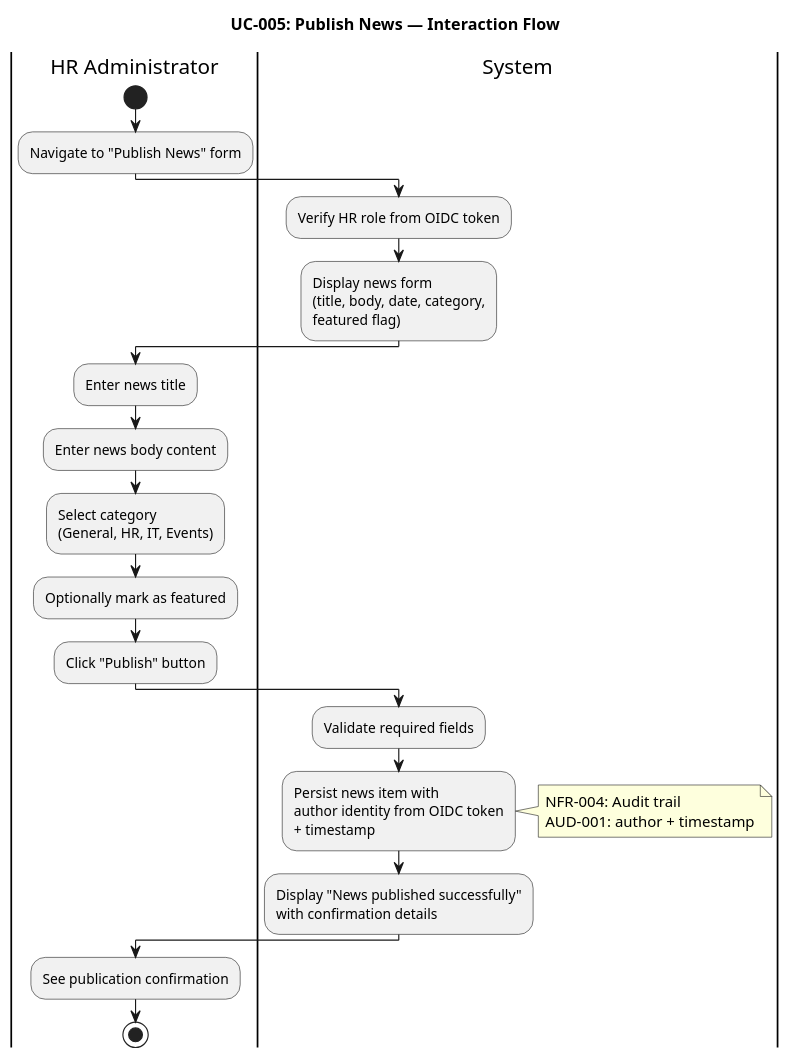
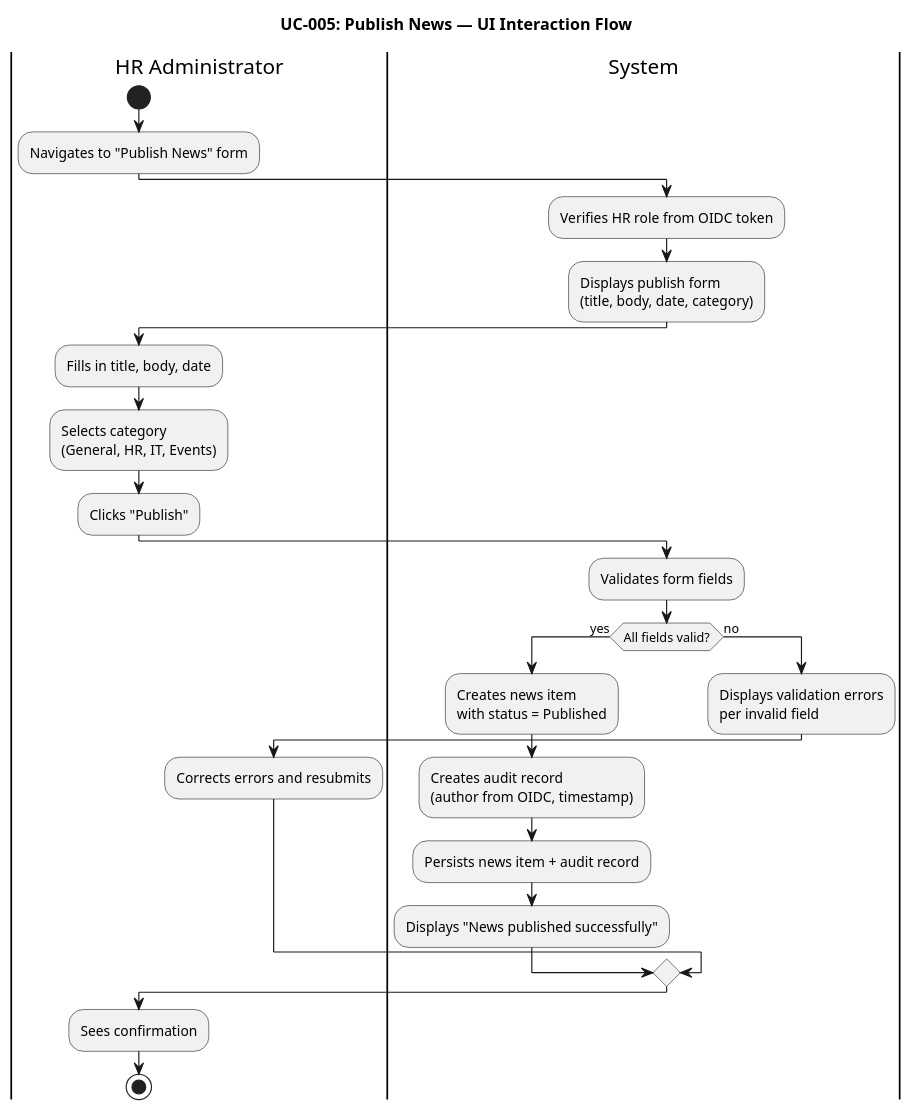
Diagram 22 of 32 in docs/artifacts/analysis---design/design-model.md (banense-test/portal-cuba-corp), drawn with PlantUML before and after one commit. The commit also changed other lines of this file, not shown here.

````diff
--- a/docs/artifacts/analysis---design/design-model.md
+++ b/docs/artifacts/analysis---design/design-model.md
@@ -1994,36 +1899,31 @@
 ```plantuml
 @startuml
-title UC-005: Publish News — Interaction Flow
-
-|HR Administrator|
-|System|
+title UC-005: Publish News — UI Interaction Flow
 
 |HR Administrator|
 start
-:Navigate to "Publish News" form;
+:Navigates to "Publish News" form;
 |System|
-:Verify HR role from OIDC token;
+:Verifies HR role from OIDC token;
+:Displays publish form\n(title, body, date, category);
+|HR Administrator|
+:Fills in title, body, date;
+:Selects category\n(General, HR, IT, Events);
+:Clicks "Publish";
 |System|
-:Display news form\n(title, body, date, category,\nfeatured flag);
+:Validates form fields;
+if (All fields valid?) then (yes)
+  :Creates news item\nwith status = Published;
+  :Creates audit record\n(author from OIDC, timestamp);
+  :Persists news item + audit record;
+  :Displays "News published successfully";
+else (no)
+  :Displays validation errors\nper invalid field;
+  |HR Administrator|
+  :Corrects errors and resubmits;
+endif
 |HR Administrator|
-:Enter news title;
-|HR Administrator|
-:Enter news body content;
-|HR Administrator|
-:Select category\n(General, HR, IT, Events);
-|HR Administrator|
-:Optionally mark as featured;
-|HR Administrator|
-:Click "Publish" button;
-|System|
-:Validate required fields;
-|System|
-:Persist news item with\nauthor identity from OIDC token\n+ timestamp;
-note right: NFR-004: Audit trail\nAUD-001: author + timestamp
-|System|
-:Display "News published successfully"\nwith confirmation details;
-|HR Administrator|
-:See publication confirmation;
+:Sees confirmation;
 stop
 @enduml
 ```
````
